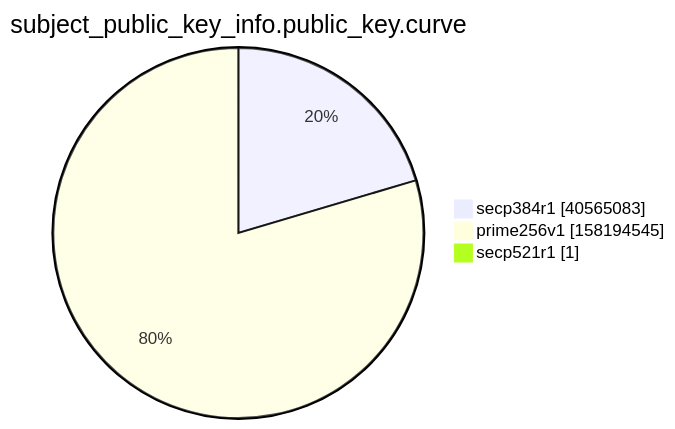
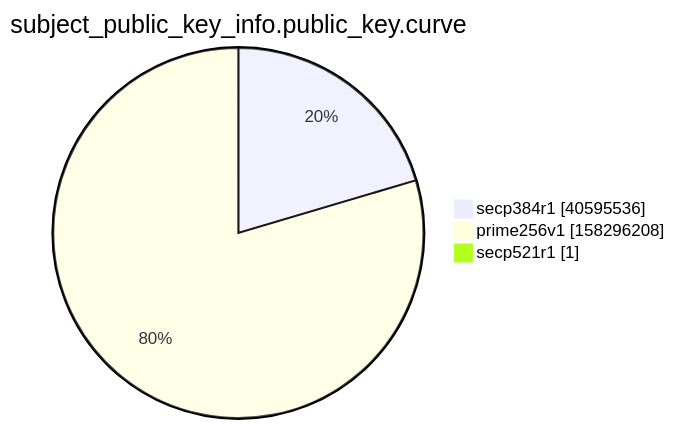
The ninth of 15 diagrams in xenon2022/README.md (christiankrug/ctmonitor_visualization), drawn with Mermaid before and after one commit. The commit also changed other lines of this file, not shown here.

````diff
--- a/xenon2022/README.md
+++ b/xenon2022/README.md
@@ -2867,7 +2867,7 @@
 ```mermaid
 pie showData
 title subject_public_key_info.public_key.curve
-"secp384r1" :40565083
-"prime256v1" :158194545
+"secp384r1" :40595536
+"prime256v1" :158296208
 "secp521r1" :1
 ```
````
